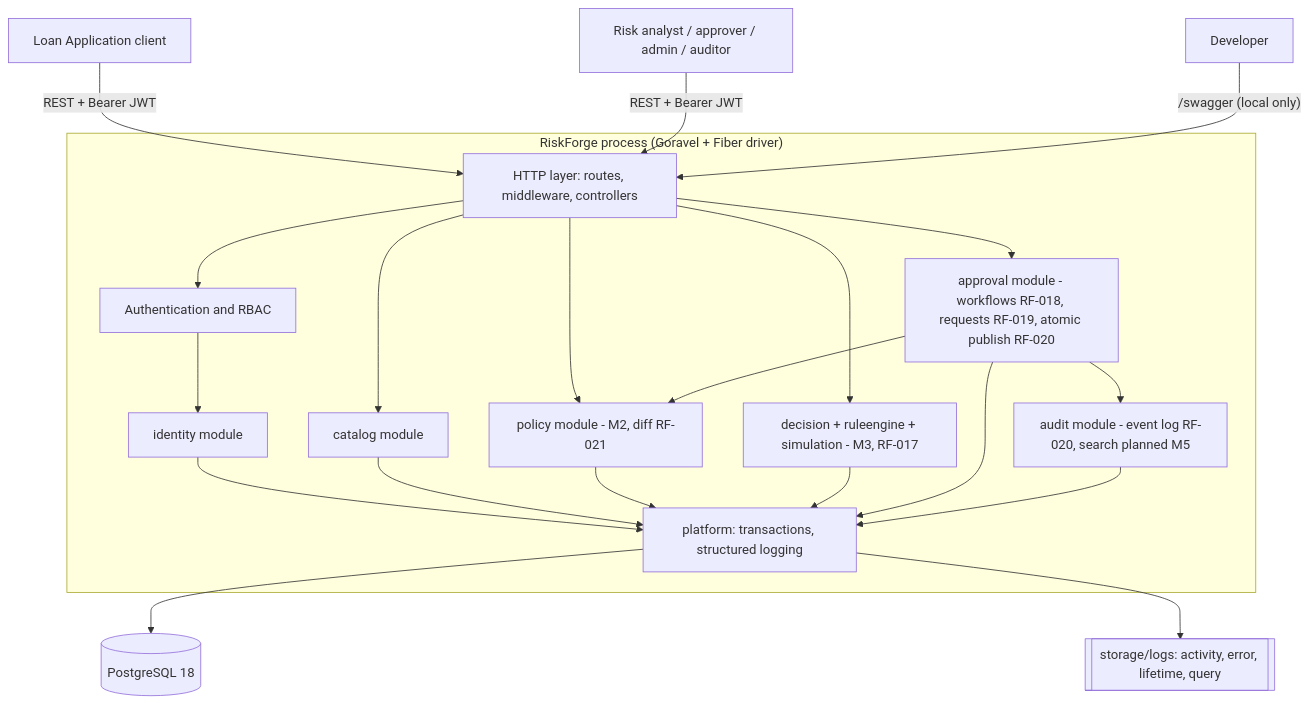
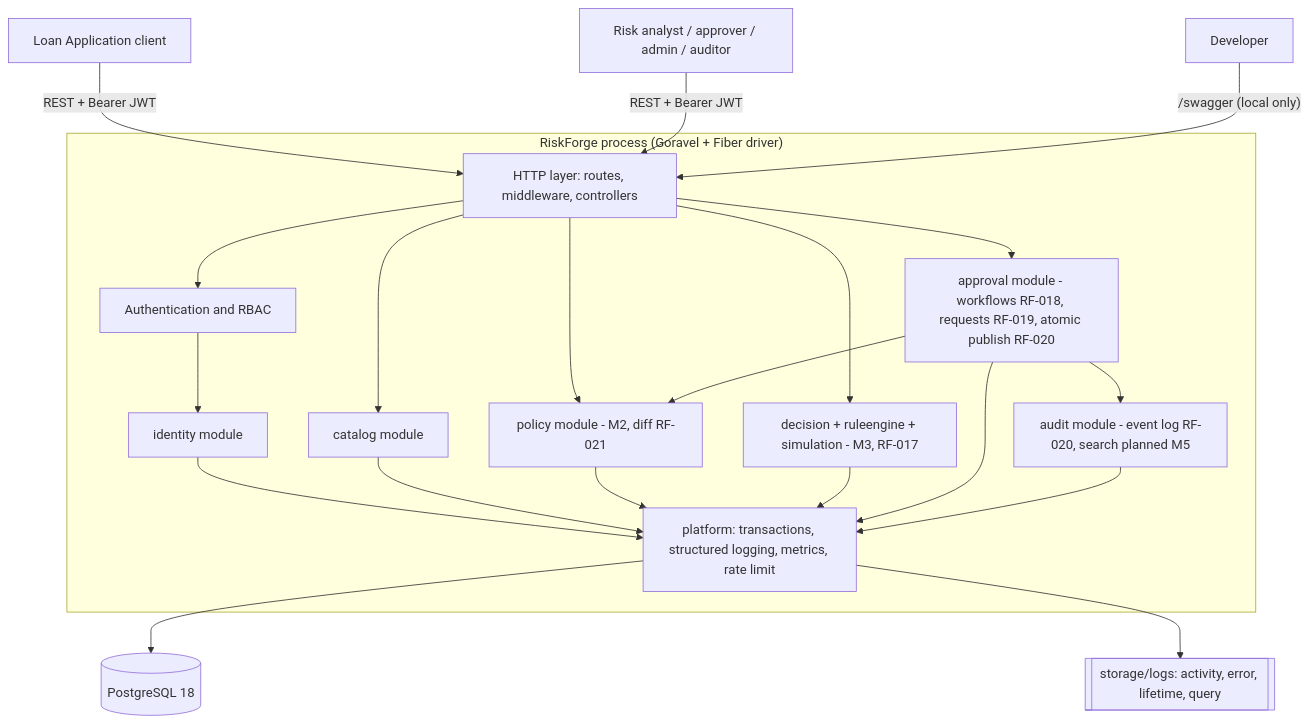
Before and after one commit to lathief/RiskForge: the first of 4 diagrams in docs/ARCHITECTURE.md, drawn with Mermaid. The commit also changed other lines of this file and 45 other files, not shown here.

First line of the commit message:
feat(RF-023): metrics, rate limits, claim lock timeout, security headers

````diff
--- a/docs/ARCHITECTURE.md
+++ b/docs/ARCHITECTURE.md
@@ -7,28 +7,28 @@
 ```mermaid
 flowchart TD
     LoanApp[Loan Application client] -->|"REST + Bearer JWT"| API
     Staff[Risk analyst / approver / admin / auditor] -->|"REST + Bearer JWT"| API
     Dev[Developer] -->|"/swagger (local only)"| API
 
     subgraph Process["RiskForge process (Goravel + Fiber driver)"]
         API[HTTP layer: routes, middleware, controllers]
         API --> AUTH[Authentication and RBAC]
         AUTH --> IDENTITY[identity module]
         API --> CATALOG[catalog module]
         API --> POLICY[policy module - M2, diff RF-021]
         API --> ENGINE[decision + ruleengine + simulation - M3, RF-017]
         API --> APPROVAL[approval module - workflows RF-018, requests RF-019, atomic publish RF-020]
         APPROVAL --> POLICY
         APPROVAL --> AUDIT[audit module - event log RF-020, search planned M5]
-        PLATFORM[platform: transactions, structured logging]
+        PLATFORM[platform: transactions, structured logging, metrics, rate limit]
     end
 
     IDENTITY --> PLATFORM
     CATALOG --> PLATFORM
     POLICY --> PLATFORM
     ENGINE --> PLATFORM
     APPROVAL --> PLATFORM
     AUDIT --> PLATFORM
     PLATFORM --> DB[(PostgreSQL 18)]
     PLATFORM --> LOGS[[storage/logs: activity, error, lifetime, query]]
 ```
````
